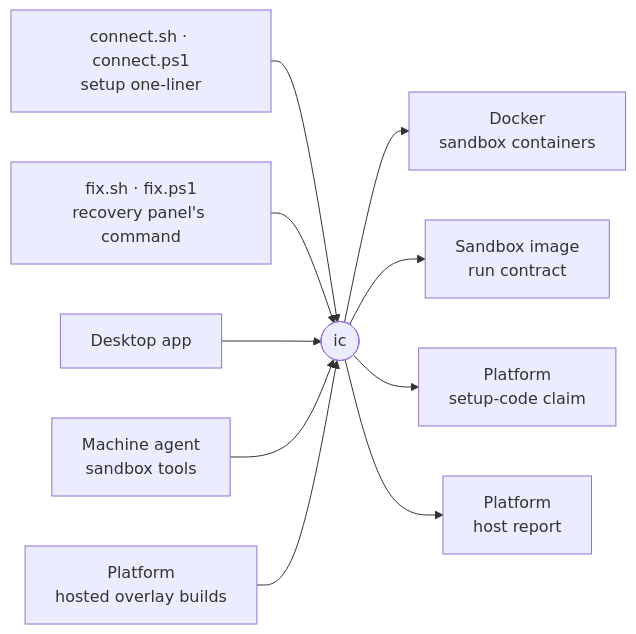
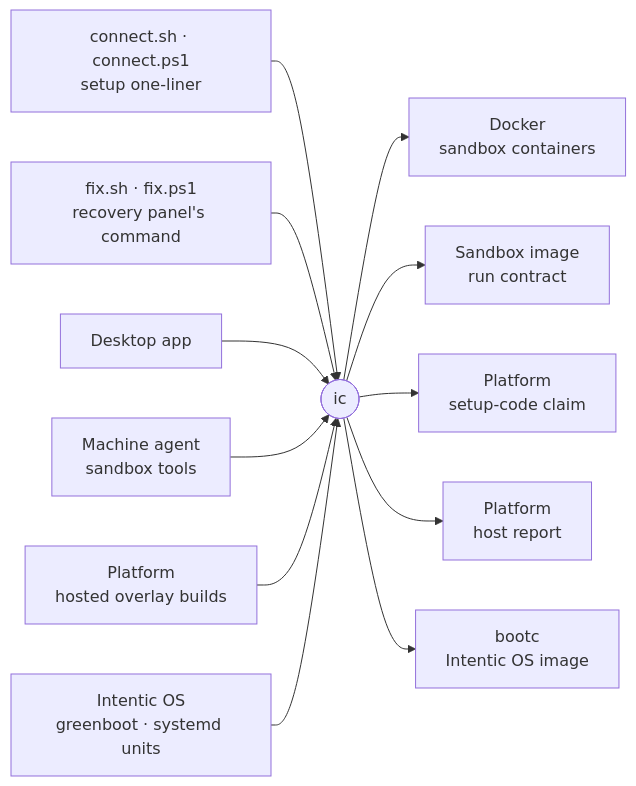
One commit to intentic/intentic changed the diagram in _sandbox/ic/README.md. Above: the diagram before and after it, drawn with Mermaid. The commit also changed other lines of this file and 105 other files, not shown here.

First line of the commit message:
feat(os): add Intentic OS bootc image, ic os, osTools and SystemCard

````diff
--- a/_sandbox/ic/README.md
+++ b/_sandbox/ic/README.md
@@ -5,12 +5,14 @@
 ```mermaid
 flowchart LR
     shim["connect.sh · connect.ps1<br/>setup one-liner"] --> ic(["ic"])
     fixshim["fix.sh · fix.ps1<br/>recovery panel's command"] --> ic
     desktop["Desktop app"] --> ic
     machine["Machine agent<br/>sandbox tools"] --> ic
     hosted["Platform<br/>hosted overlay builds"] --> ic
+    osunits["Intentic OS<br/>greenboot · systemd units"] --> ic
     ic --> docker["Docker<br/>sandbox containers"]
     ic --> image["Sandbox image<br/>run contract"]
     ic --> claim["Platform<br/>setup-code claim"]
     ic --> report["Platform<br/>host report"]
+    ic --> bootc["bootc<br/>Intentic OS image"]
 ```
````
